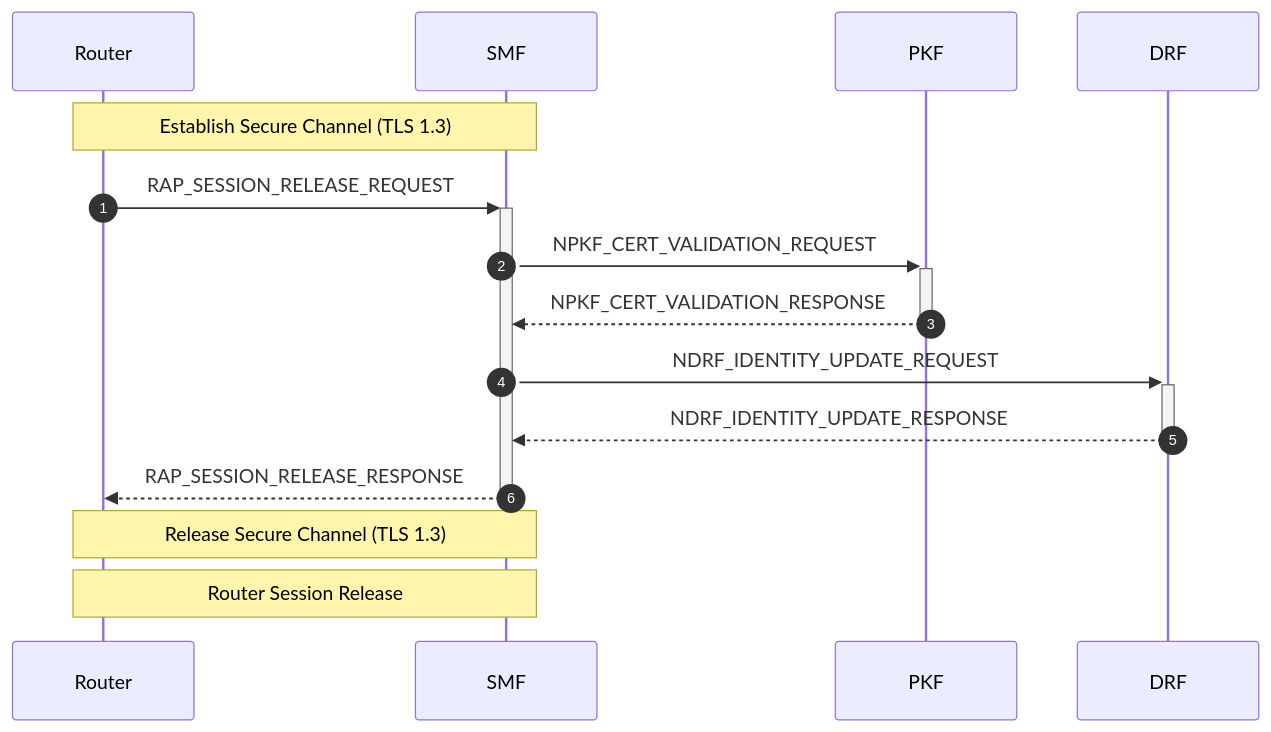
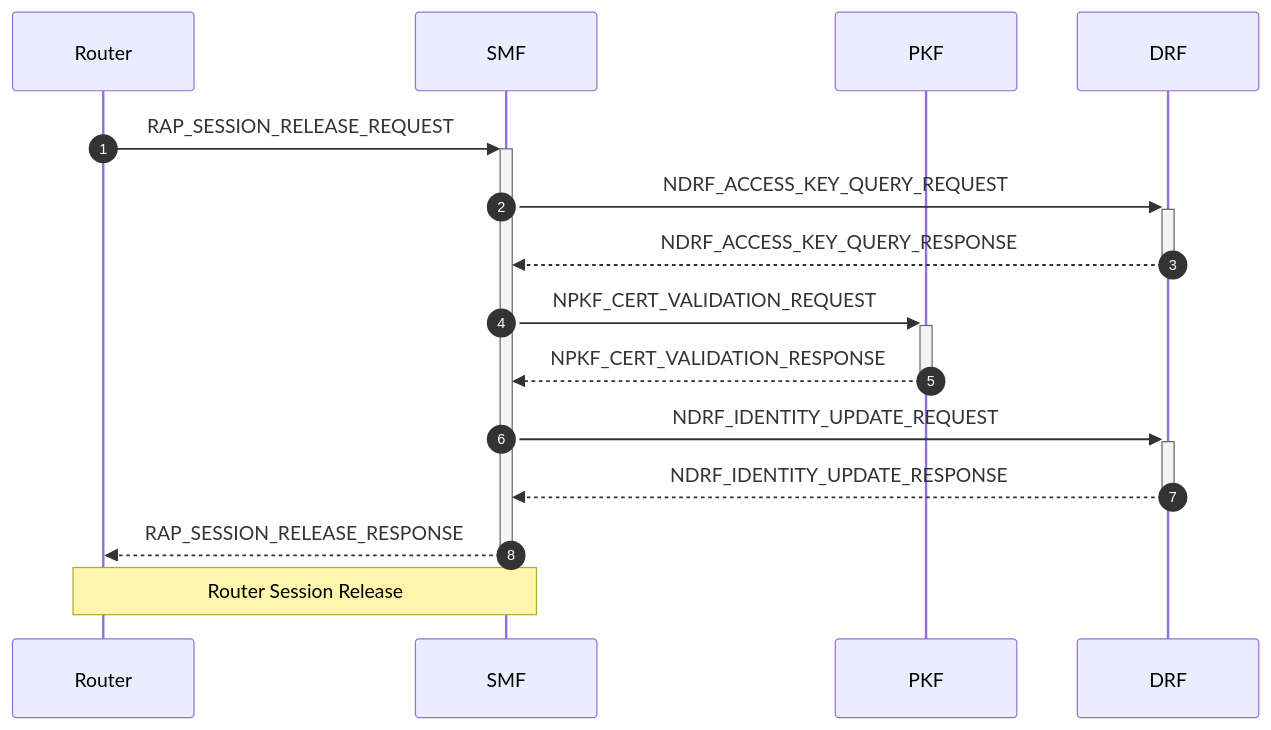
One commit to veil-link/veilink changed the tenth of 23 diagrams in doc/doc-spec/00-series-general/00.002-procedure.md. Above: the diagram before and after it, drawn with Mermaid. The commit also changed other lines of this file and 1 other file, not shown here.

````diff
--- a/doc/doc-spec/00-series-general/00.002-procedure.md
+++ b/doc/doc-spec/00-series-general/00.002-procedure.md
@@ -226,19 +231,20 @@
 ```mermaid
 sequenceDiagram
     autonumber
 
     participant rt as Router
     participant smf as SMF
     participant pkf as PKF
     participant drf as DRF
 
-    Note over rt, smf: Establish Secure Channel (TLS 1.3)
     rt ->>+ smf: RAP_SESSION_RELEASE_REQUEST
+    smf ->>+ drf: NDRF_ACCESS_KEY_QUERY_REQUEST
+    drf -->>- smf: NDRF_ACCESS_KEY_QUERY_RESPONSE
     smf ->>+ pkf: NPKF_CERT_VALIDATION_REQUEST
     pkf -->>- smf: NPKF_CERT_VALIDATION_RESPONSE
     smf ->>+ drf: NDRF_IDENTITY_UPDATE_REQUEST
     drf -->>- smf: NDRF_IDENTITY_UPDATE_RESPONSE
     smf -->>- rt: RAP_SESSION_RELEASE_RESPONSE
-    Note over rt, smf: Release Secure Channel (TLS 1.3)
+
     Note over rt, smf: Router Session Release
 ```
````
